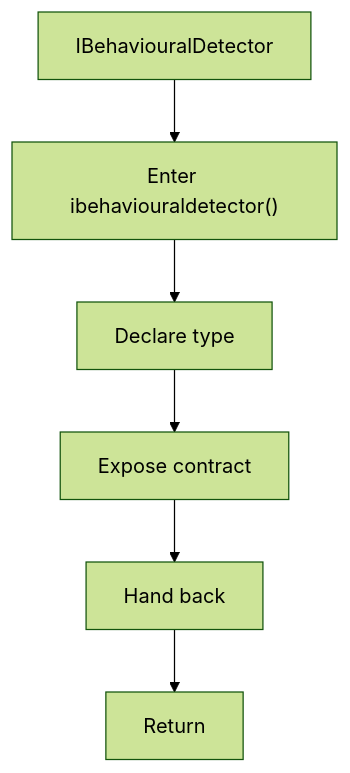
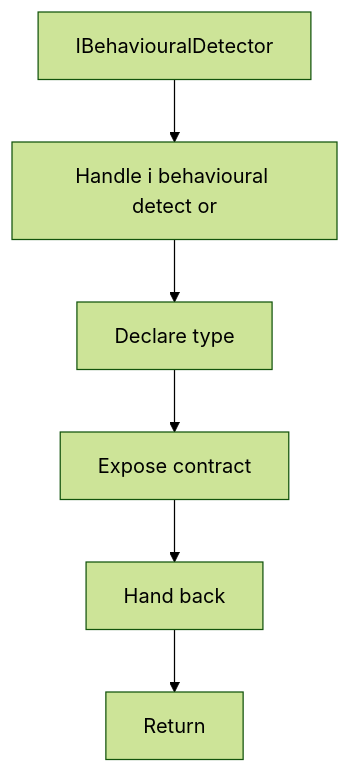
One commit to JohnAndrewBalbarosa/NeoTerritory changed the third of 6 diagrams in docs/Codebase/Microservice/Modules/Header/SyntacticBrokenAST/Trees/Broken/Behavioural/tree.hpp.md. Above: the diagram before and after it, drawn with Mermaid (forest theme). The commit also changed other lines of this file and 925 other files, not shown here.

````diff
--- a/docs/Codebase/Microservice/Modules/Header/SyntacticBrokenAST/Trees/Broken/Behavioural/tree.hpp.md
+++ b/docs/Codebase/Microservice/Modules/Header/SyntacticBrokenAST/Trees/Broken/Behavioural/tree.hpp.md
@@ -107,14 +106,14 @@
 ```mermaid
 flowchart TD
     Start["IBehaviouralDetector"]
-    N0["Enter ibehaviouraldetector()"]
+    N0["Handle i behavioural detect or"]
     N1["Declare type"]
     N2["Expose contract"]
     N3["Hand back"]
     End["Return"]
     Start --> N0
     N0 --> N1
     N1 --> N2
     N2 --> N3
     N3 --> End
 ```
````
